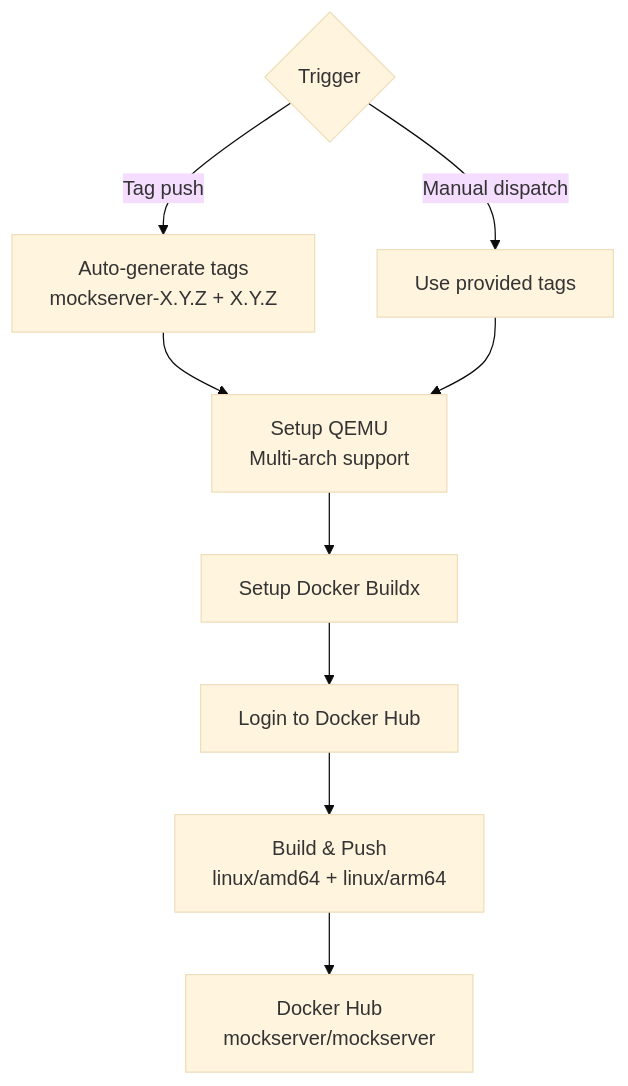
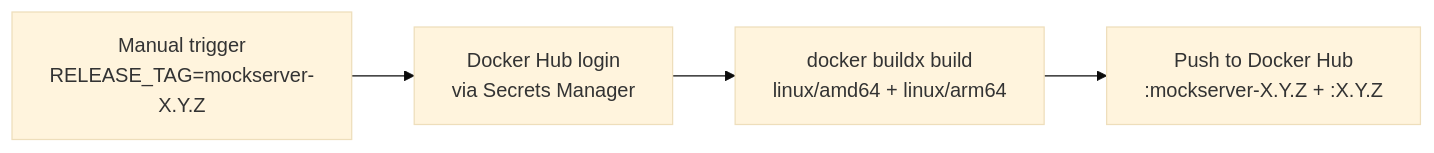
Before and after one commit to mock-server/mockserver: the fourth of 4 diagrams in docs/infrastructure/ci-cd.md, drawn with Mermaid (base theme). The commit also changed other lines of this file and 20 other files, not shown here.

First line of the commit message:
Move Docker image pushes from GitHub Actions to Buildkite

````diff
--- a/docs/infrastructure/ci-cd.md
+++ b/docs/infrastructure/ci-cd.md
@@ -96,13 +114,6 @@
 ```mermaid
-flowchart TD
-    T{Trigger} -->|Tag push| AUTO[Auto-generate tags<br/>mockserver-X.Y.Z + X.Y.Z]
-    T -->|Manual dispatch| MANUAL[Use provided tags]
-
-    AUTO --> QEMU[Setup QEMU<br/>Multi-arch support]
-    MANUAL --> QEMU
-
-    QEMU --> BUILDX[Setup Docker Buildx]
-    BUILDX --> LOGIN[Login to Docker Hub]
-    LOGIN --> BUILD[Build & Push<br/>linux/amd64 + linux/arm64]
-    BUILD --> DH[Docker Hub<br/>mockserver/mockserver]
+flowchart LR
+    TRIGGER[Manual trigger<br/>RELEASE_TAG=mockserver-X.Y.Z] --> LOGIN[Docker Hub login<br/>via Secrets Manager]
+    LOGIN --> BUILD[docker buildx build<br/>linux/amd64 + linux/arm64]
+    BUILD --> PUSH["Push to Docker Hub<br/>:mockserver-X.Y.Z + :X.Y.Z"]
 ```
````
